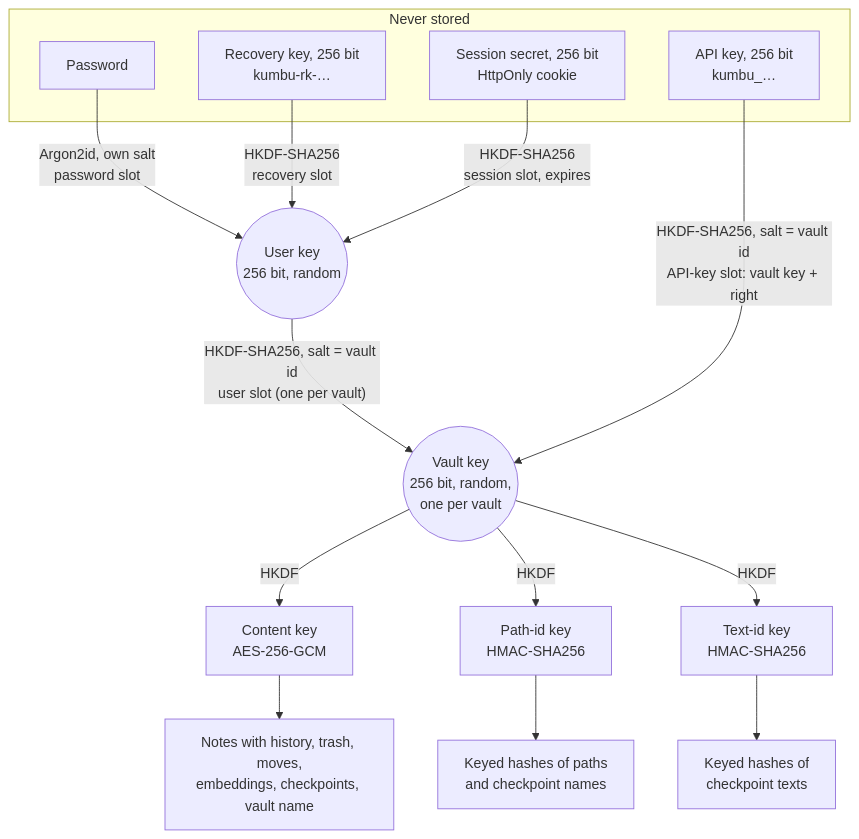
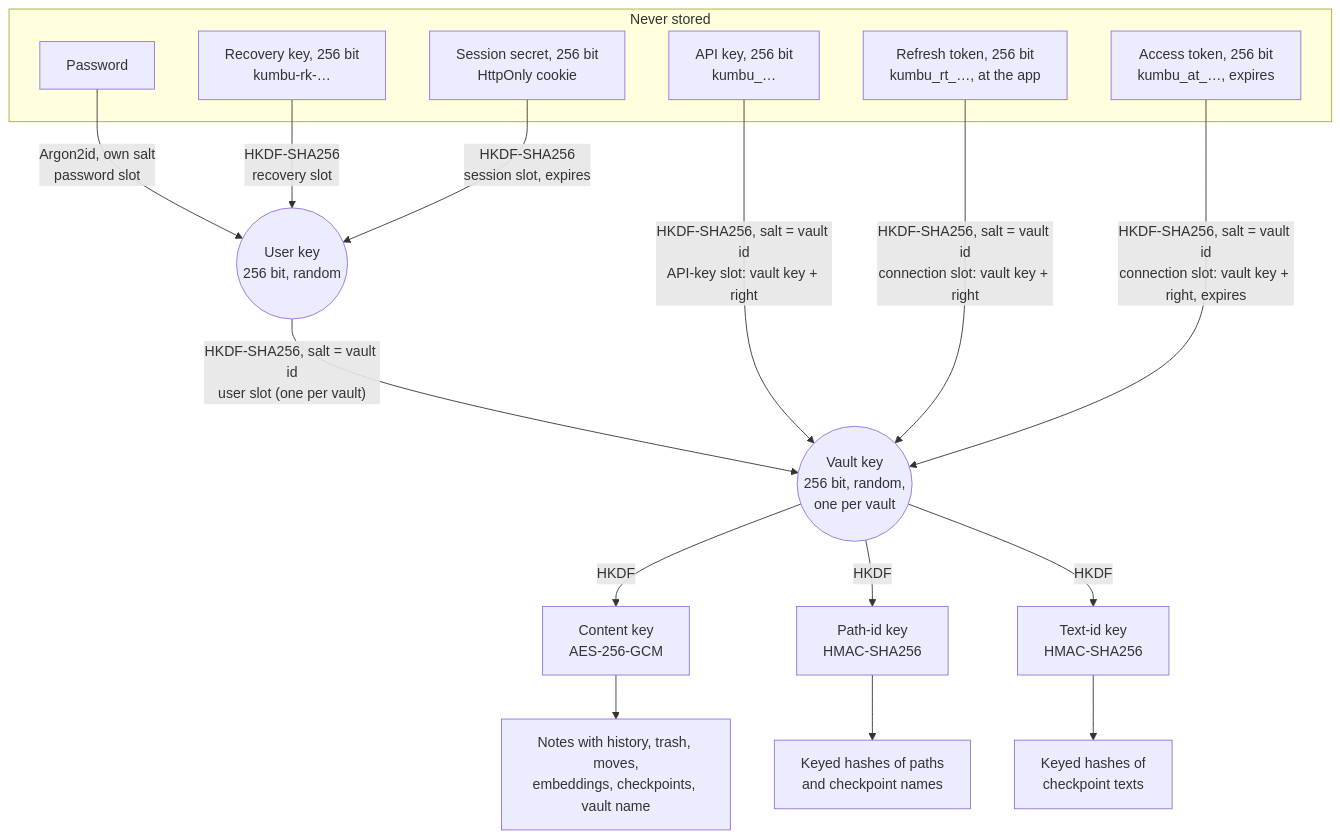
The diagram in docs/security-architecture.md (SCAI-NGO/kumbukumbu), drawn with Mermaid before and after one commit. The commit also changed other lines of this file and 10 other files, not shown here.

First line of the commit message:
Issue access and refresh tokens as key slots and accept them on the connection's URL

````diff
--- a/docs/security-architecture.md
+++ b/docs/security-architecture.md
@@ -65,25 +65,29 @@
 ```mermaid
 flowchart TB
   subgraph held["Never stored"]
     PW["Password"]
     RK["Recovery key, 256 bit<br/>kumbu-rk-…"]
     SC["Session secret, 256 bit<br/>HttpOnly cookie"]
     AK["API key, 256 bit<br/>kumbu_…"]
+    RT["Refresh token, 256 bit<br/>kumbu_rt_…, at the app"]
+    AT["Access token, 256 bit<br/>kumbu_at_…, expires"]
   end
 
   UK(("User key<br/>256 bit, random"))
   VK(("Vault key<br/>256 bit, random,<br/>one per vault"))
 
   PW -- "Argon2id, own salt<br/>password slot" --> UK
   RK -- "HKDF-SHA256<br/>recovery slot" --> UK
   SC -- "HKDF-SHA256<br/>session slot, expires" --> UK
   UK -- "HKDF-SHA256, salt = vault id<br/>user slot (one per vault)" --> VK
   AK -- "HKDF-SHA256, salt = vault id<br/>API-key slot: vault key + right" --> VK
+  RT -- "HKDF-SHA256, salt = vault id<br/>connection slot: vault key + right" --> VK
+  AT -- "HKDF-SHA256, salt = vault id<br/>connection slot: vault key + right, expires" --> VK
 
   VK -- HKDF --> CK["Content key<br/>AES-256-GCM"]
   VK -- HKDF --> PK["Path-id key<br/>HMAC-SHA256"]
   VK -- HKDF --> TK["Text-id key<br/>HMAC-SHA256"]
   CK --> DATA["Notes with history, trash, moves,<br/>embeddings, checkpoints, vault name"]
   PK --> IDS["Keyed hashes of paths<br/>and checkpoint names"]
   TK --> TXT["Keyed hashes of<br/>checkpoint texts"]
 ```
````
